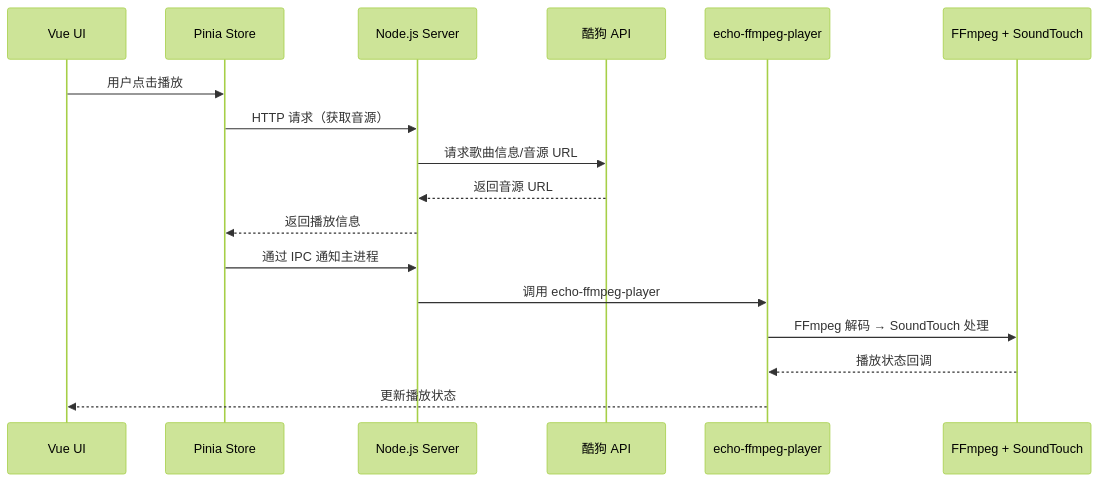
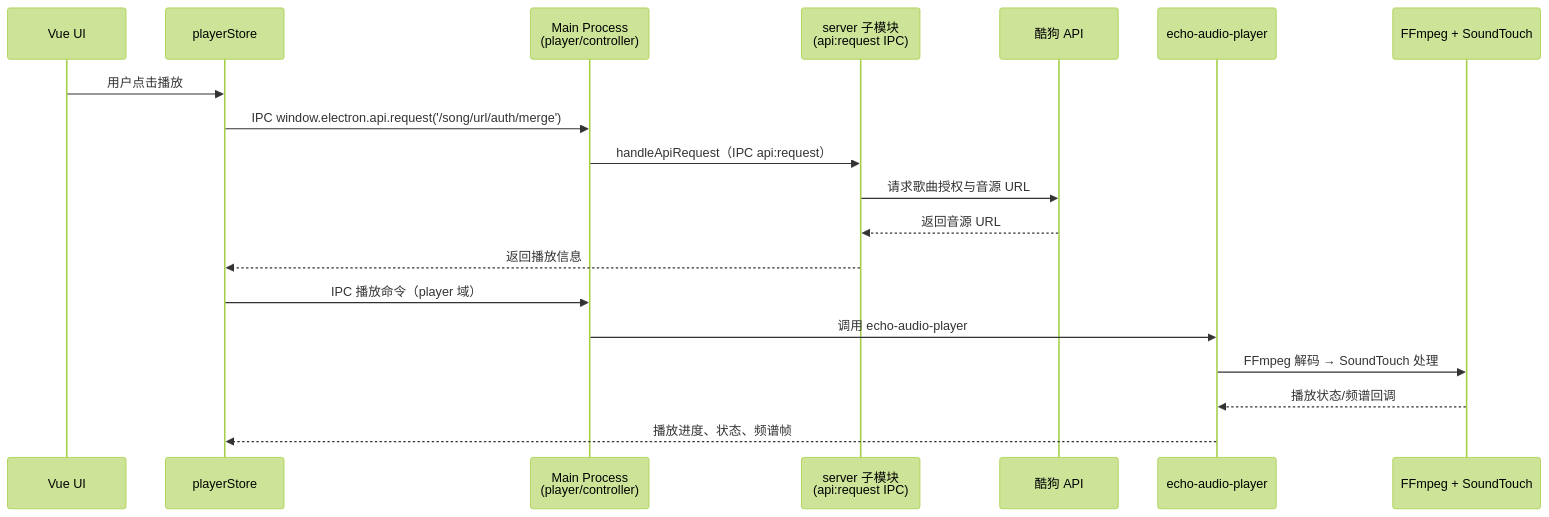
One commit to yaoyaoprincess/EchoMusic-docs changed the second of 4 diagrams in docs/develop/architecture.md. Above: the diagram before and after it, drawn with Mermaid (forest theme). The commit also changed other lines of this file and 25 other files, not shown here.

````diff
--- a/docs/develop/architecture.md
+++ b/docs/develop/architecture.md
@@ -54,20 +73,22 @@
 ```mermaid
 sequenceDiagram
     participant UI as Vue UI
-    participant Pinia as Pinia Store
-    participant Server as Node.js Server
-    participant API as 酷狗 API
-    participant Rust as echo-ffmpeg-player
+    participant Store as playerStore
+    participant Main as Main Process<br/>(player/controller)
+    participant API as server 子模块<br/>(api:request IPC)
+    participant Kugou as 酷狗 API
+    participant Rust as echo-audio-player
     participant FFmpeg as FFmpeg + SoundTouch
 
-    UI->>Pinia: 用户点击播放
-    Pinia->>Server: HTTP 请求（获取音源）
-    Server->>API: 请求歌曲信息/音源 URL
-    API-->>Server: 返回音源 URL
-    Server-->>Pinia: 返回播放信息
-    Pinia->>Server: 通过 IPC 通知主进程
-    Server->>Rust: 调用 echo-ffmpeg-player
+    UI->>Store: 用户点击播放
+    Store->>Main: IPC window.electron.api.request('/song/url/auth/merge')
+    Main->>API: handleApiRequest（IPC api:request）
+    API->>Kugou: 请求歌曲授权与音源 URL
+    Kugou-->>API: 返回音源 URL
+    API-->>Store: 返回播放信息
+    Store->>Main: IPC 播放命令（player 域）
+    Main->>Rust: 调用 echo-audio-player
     Rust->>FFmpeg: FFmpeg 解码 → SoundTouch 处理
-    FFmpeg-->>Rust: 播放状态回调
-    Rust-->>UI: 更新播放状态
+    FFmpeg-->>Rust: 播放状态/频谱回调
+    Rust-->>Store: 播放进度、状态、频谱帧
 ```
````
